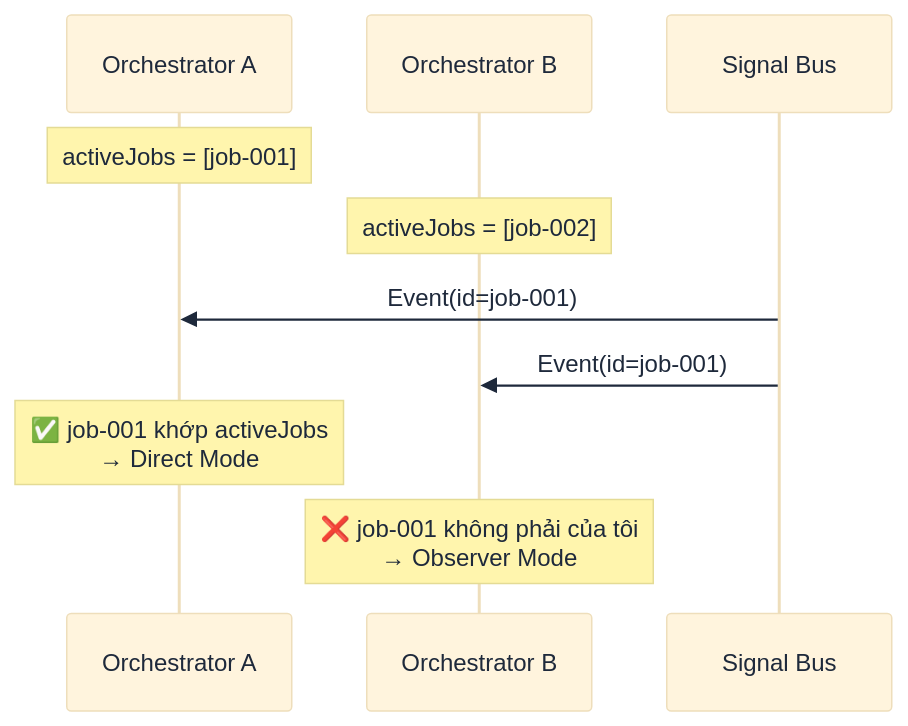
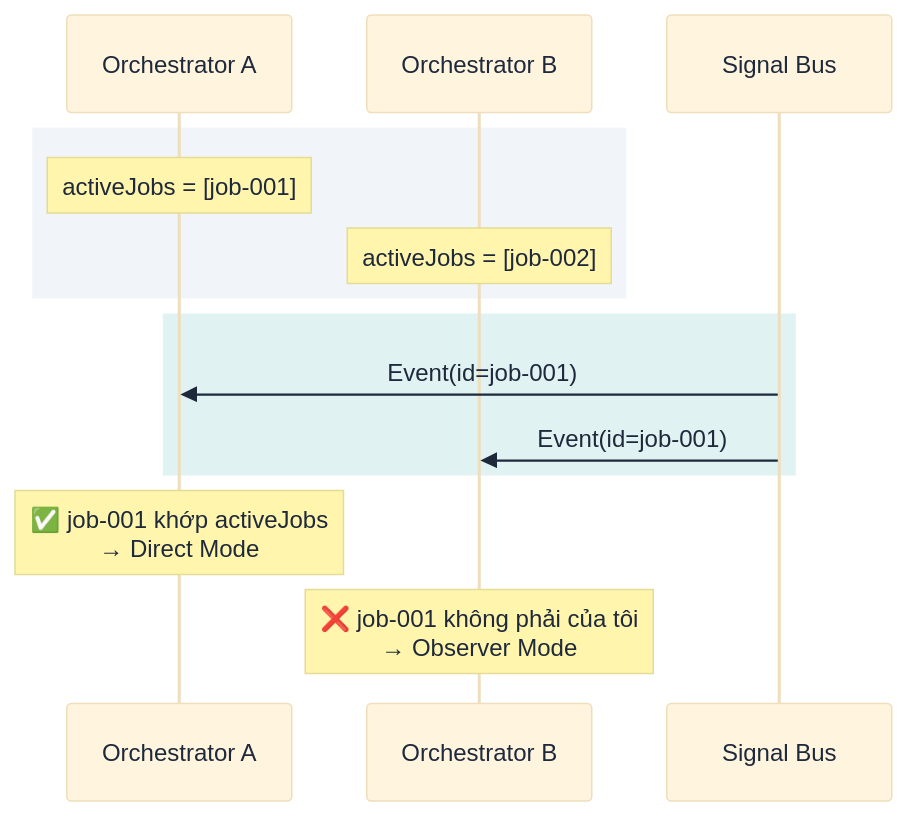
The third of 11 diagrams in book/vi/chapters/04_integration.md (lploc94/flutter_orchestrator), drawn with Mermaid before and after one commit. The commit also changed other lines of this file and 1 other file, not shown here.

Commit message:
docs(book): add theme styling and rect blocks to diagrams in Ch4
Fixed missing colors in classDiagram, stateDiagram, and enhanced sequenceDiagram color in Chapter 4 (EN + VI)

````diff
--- a/book/vi/chapters/04_integration.md
+++ b/book/vi/chapters/04_integration.md
@@ -69,16 +70,20 @@
 ```mermaid
 %%{init: {'theme': 'base', 'themeVariables': { 'primaryTextColor': '#1e293b', 'noteTextColor': '#1e293b', 'actorTextColor': '#1e293b' }}}%%
 sequenceDiagram
     participant OrcA as Orchestrator A
     participant OrcB as Orchestrator B
     participant Bus as Signal Bus
     
-    Note over OrcA: activeJobs = [job-001]
-    Note over OrcB: activeJobs = [job-002]
+    rect rgb(241, 245, 249)
+        Note over OrcA: activeJobs = [job-001]
+        Note over OrcB: activeJobs = [job-002]
+    end
     
-    Bus->>OrcA: Event(id=job-001)
-    Bus->>OrcB: Event(id=job-001)
+    rect rgb(224, 242, 241)
+        Bus->>OrcA: Event(id=job-001)
+        Bus->>OrcB: Event(id=job-001)
+    end
     
     Note over OrcA: ✅ job-001 khớp activeJobs<br/>→ Direct Mode
     Note over OrcB: ❌ job-001 không phải của tôi<br/>→ Observer Mode
 ```
````
